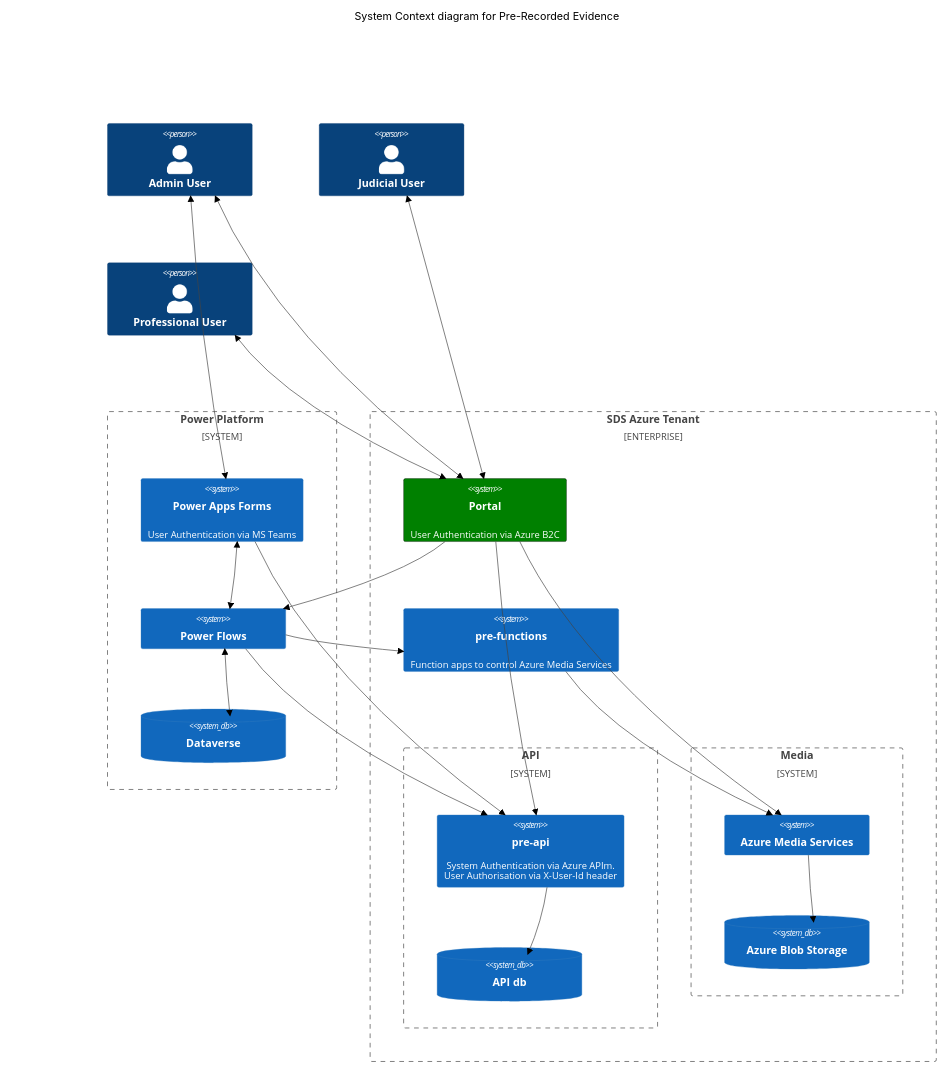
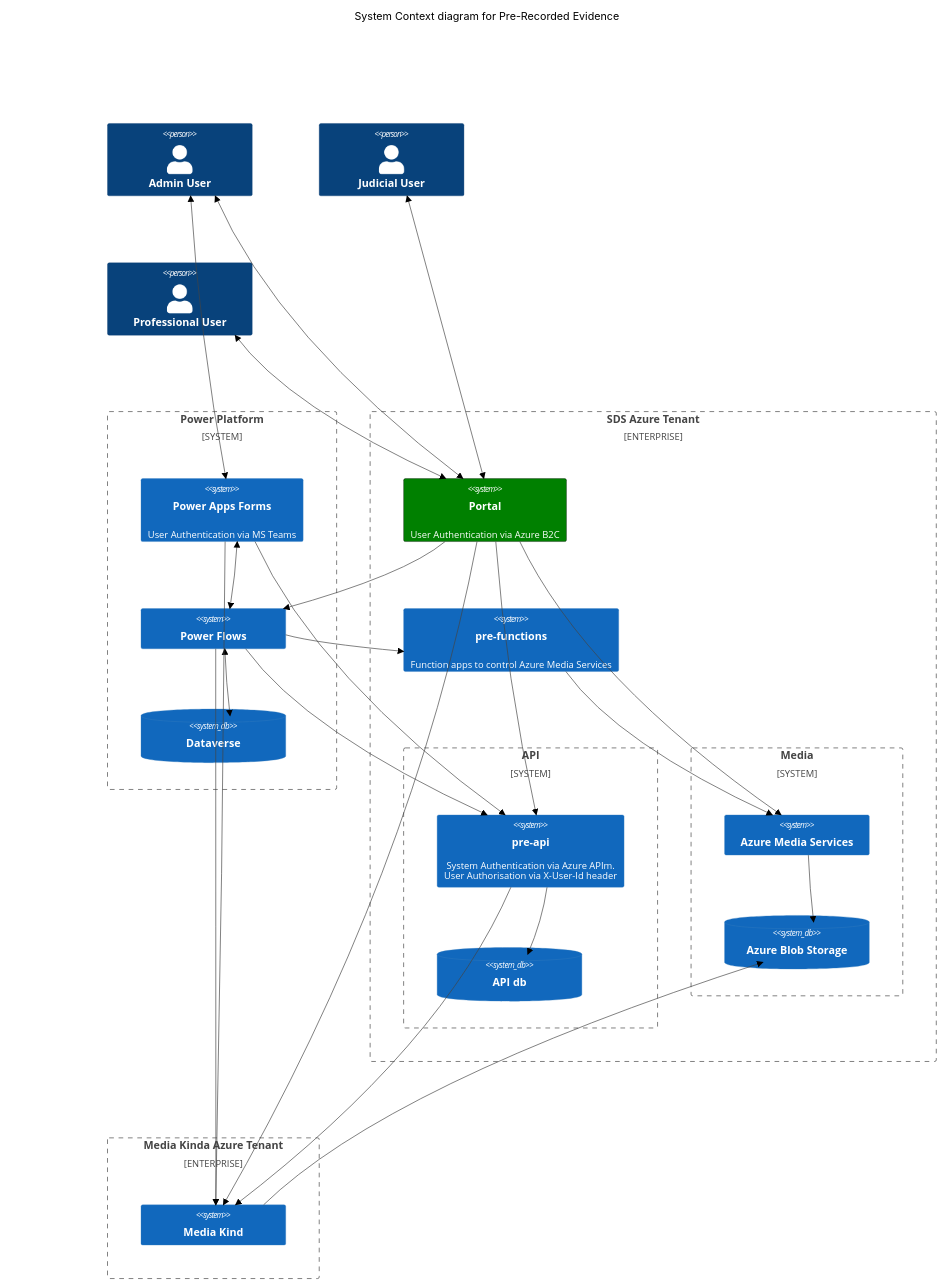
Before and after one commit to hmcts/pre-portal2: the diagram in README.md, drawn with Mermaid (neutral theme).

Commit message:
Update Readme diagram with MK

````diff
--- a/README.md
+++ b/README.md
@@ -15,51 +15,61 @@
 ```mermaid
     C4Context
       title System Context diagram for Pre-Recorded Evidence
 
       Person(adminUser, "Admin User", "")
       Person(judicialUser, "Judicial User", "")
       Person(professionalUser, "Professional User", "")
 
 
       System_Boundary(PowerPlatform, "Power Platform") {
         System(PowerApps, "Power Apps Forms", "User Authentication via MS Teams")
         System(PowerFlows, "Power Flows", "")
         SystemDb(Dataverse, "Dataverse", "")
       }
 
       Enterprise_Boundary(a0, "SDS Azure Tenant",) {
         System(Portal, "Portal", "User Authentication via Azure B2C")
 
         System(function, "pre-functions", "Function apps to control Azure Media Services")
 
         System_Boundary(api, "API") {
             System(api, "pre-api", "System Authentication via Azure APIm.<br/>User Authorisation via X-User-Id header")
             SystemDb(db, "API db")
         }
 
         System_Boundary(media, "Media") {
             System(ams, "Azure Media Services")
             SystemDb(blob, "Azure Blob Storage")
         }
 
       }
 
+      Enterprise_Boundary(a1, "Media Kinda Azure Tenant",) {
+        System(mk, "Media Kind")
+      }
+
       BiRel(judicialUser, Portal, "")
       BiRel(adminUser, Portal, "")
       BiRel(adminUser, PowerApps, "")
       BiRel(professionalUser, Portal, "")
       BiRel(PowerApps, PowerFlows, "")
       Rel(Portal, PowerFlows, "")
       Rel(Portal, ams, "")
       Rel(Portal, api, "")
       BiRel(PowerFlows, Dataverse, "")
       Rel(PowerApps, api, "")
       Rel(PowerFlows, api, "")
       Rel(PowerFlows, function, "")
       Rel(api, db, "")
       Rel(ams, blob, "")
       Rel(function, ams, "")
+
+      Rel(Portal, mk, "")
+      Rel(PowerApps, mk, "")
+      Rel(PowerFlows, mk, "")
+      Rel(api, mk, "")
+      Rel(mk, blob, "")
       UpdateElementStyle(Portal,  $bgColor="green", $borderColor="black")
       UpdateElementStyle(PowerPlatform)
       UpdateLayoutConfig($c4ShapeInRow="3", $c4BoundaryInRow="1")
 ```
````
